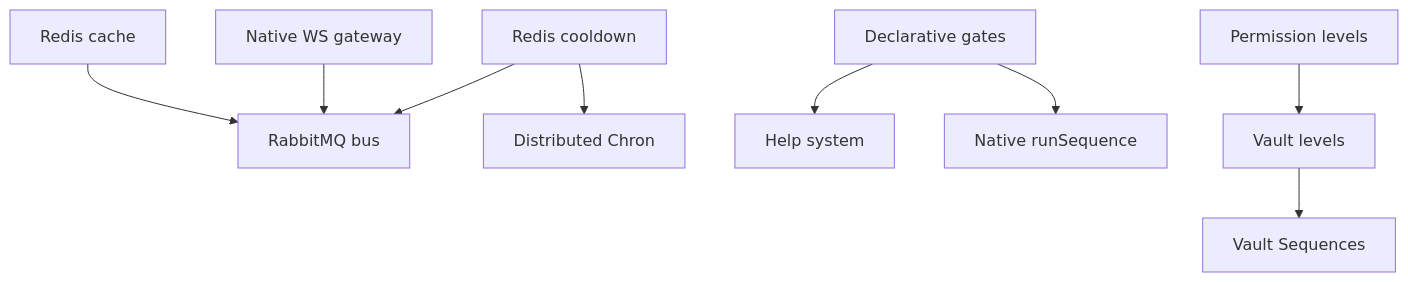
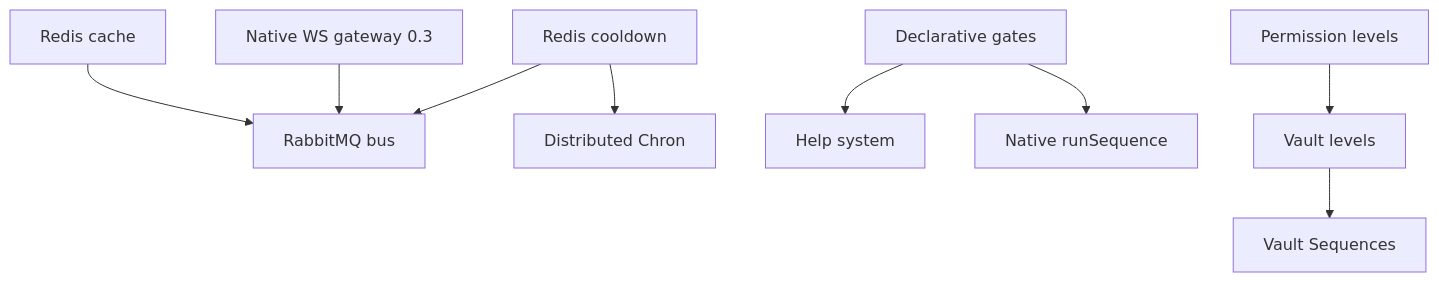
The diagram in docs/internal/future-v2.md (Mivaya/Stratum), drawn with Mermaid before and after one commit. The commit also changed other lines of this file and 123 other files, not shown here.

````diff
--- a/docs/internal/future-v2.md
+++ b/docs/internal/future-v2.md
@@ -246,11 +248,11 @@
 ```mermaid
 flowchart TD
   A1[Redis cache] --> A3[RabbitMQ bus]
   A2[Redis cooldown] --> A3
   B1[Declarative gates] --> B3[Help system]
   C1[Permission levels] --> C2[Vault levels]
-  A5[Native WS gateway] --> A3
+  A5[Native WS gateway 0.3] --> A3
   B1 --> D1[Native runSequence]
   A2 --> D2[Distributed Chron]
   C2 --> D3[Vault Sequences]
 ```
````
